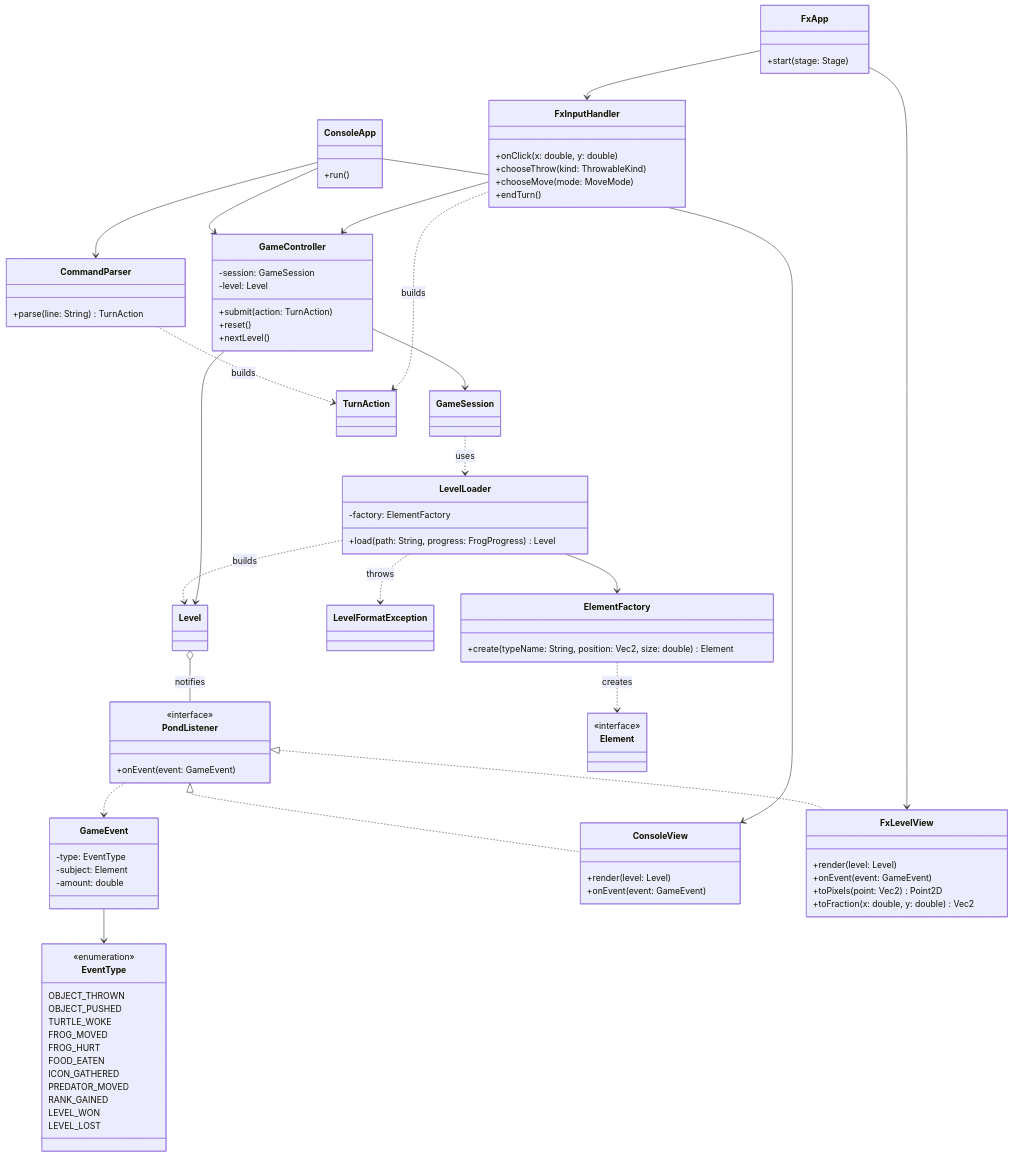
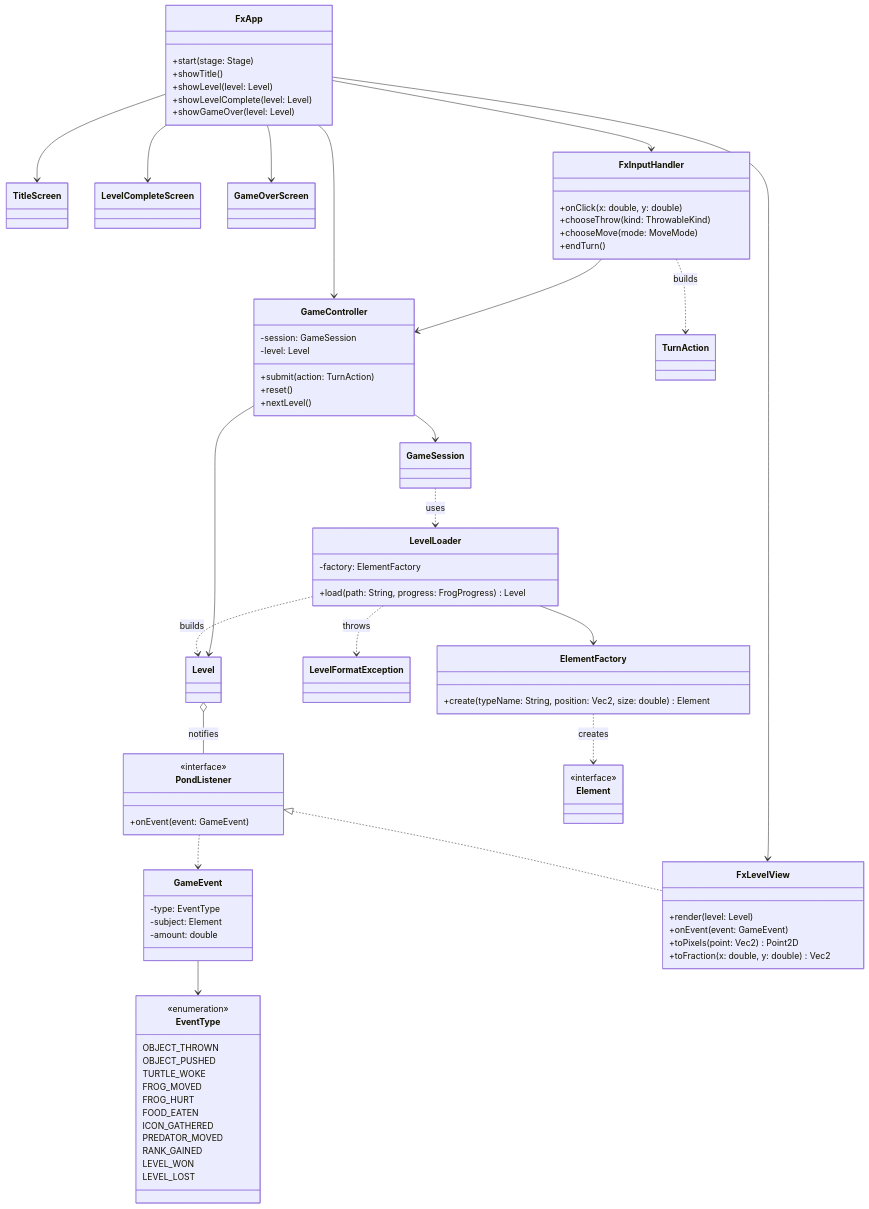
The fourth of 4 diagrams in docs/RIPPLE_POND_UML.md (jonathandeveloper26-bit/JavaGame), drawn with Mermaid before and after one commit. The commit also changed other lines of this file and 9 other files, not shown here.

First line of the commit message:
docs: GDD Draft 4, UML version 2, task lists and PDF export script

````diff
--- a/docs/RIPPLE_POND_UML.md
+++ b/docs/RIPPLE_POND_UML.md
@@ -413,19 +439,16 @@
   +reset()
   +nextLevel()
 }
-class ConsoleApp {
-  +run()
-}
-class ConsoleView {
-  +render(level: Level)
-  +onEvent(event: GameEvent)
-}
-class CommandParser {
-  +parse(line: String) TurnAction
-}
 class FxApp {
   +start(stage: Stage)
+  +showTitle()
+  +showLevel(level: Level)
+  +showLevelComplete(level: Level)
+  +showGameOver(level: Level)
 }
+class TitleScreen
+class LevelCompleteScreen
+class GameOverScreen
 class FxLevelView {
   +render(level: Level)
   +onEvent(event: GameEvent)
@@ -452,16 +475,15 @@
 Level o-- PondListener : notifies
 PondListener ..> GameEvent
 GameEvent --> EventType
-PondListener <|.. ConsoleView
 PondListener <|.. FxLevelView
 GameController --> GameSession
 GameController --> Level
-ConsoleApp --> CommandParser
-ConsoleApp --> ConsoleView
-ConsoleApp --> GameController
-CommandParser ..> TurnAction : builds
 FxApp --> FxLevelView
 FxApp --> FxInputHandler
+FxApp --> TitleScreen
+FxApp --> LevelCompleteScreen
+FxApp --> GameOverScreen
+FxApp --> GameController
 FxInputHandler --> GameController
 FxInputHandler ..> TurnAction : builds
 ```
````
